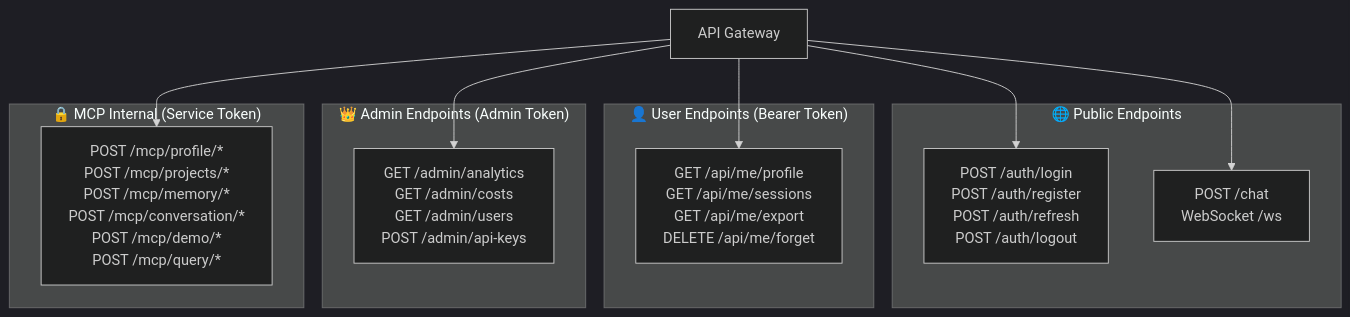
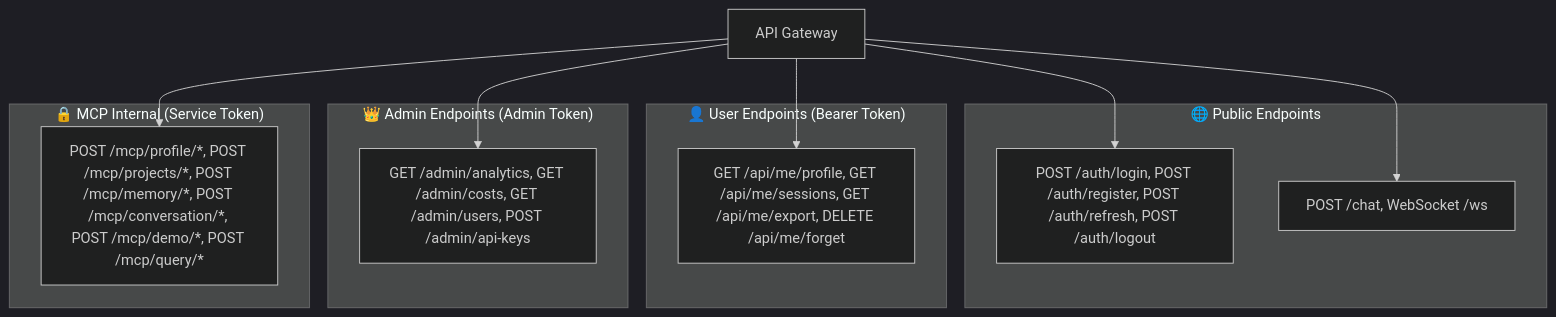
One commit to LSG-hub/Project-001 changed the sixth of 8 diagrams in README.md. Above: the diagram before and after it, drawn with Mermaid (dark theme). The commit also changed other lines of this file, not shown here.

````diff
--- a/README.md
+++ b/README.md
@@ -405,25 +399,25 @@
 ```mermaid
 graph TB
     subgraph Public["🌐 Public Endpoints"]
-        Auth[POST /auth/login<br/>POST /auth/register<br/>POST /auth/refresh<br/>POST /auth/logout]
-        Chat[POST /chat<br/>WebSocket /ws]
+        Auth["POST /auth/login, POST /auth/register, POST /auth/refresh, POST /auth/logout"]
+        Chat["POST /chat, WebSocket /ws"]
     end
     
     subgraph User["👤 User Endpoints (Bearer Token)"]
-        UserAPI[GET /api/me/profile<br/>GET /api/me/sessions<br/>GET /api/me/export<br/>DELETE /api/me/forget]
+        UserAPI["GET /api/me/profile, GET /api/me/sessions, GET /api/me/export, DELETE /api/me/forget"]
     end
     
     subgraph Admin["👑 Admin Endpoints (Admin Token)"]
-        AdminAPI[GET /admin/analytics<br/>GET /admin/costs<br/>GET /admin/users<br/>POST /admin/api-keys]
+        AdminAPI["GET /admin/analytics, GET /admin/costs, GET /admin/users, POST /admin/api-keys"]
     end
     
     subgraph Internal["🔒 MCP Internal (Service Token)"]
-        MCPEndpoints[POST /mcp/profile/*<br/>POST /mcp/projects/*<br/>POST /mcp/memory/*<br/>POST /mcp/conversation/*<br/>POST /mcp/demo/*<br/>POST /mcp/query/*]
+        MCPEndpoints["POST /mcp/profile/*, POST /mcp/projects/*, POST /mcp/memory/*, POST /mcp/conversation/*, POST /mcp/demo/*, POST /mcp/query/*"]
     end
     
     Gateway[API Gateway] --> Auth
     Gateway --> Chat
     Gateway --> UserAPI
     Gateway --> AdminAPI
     Gateway --> MCPEndpoints
 ```
````
